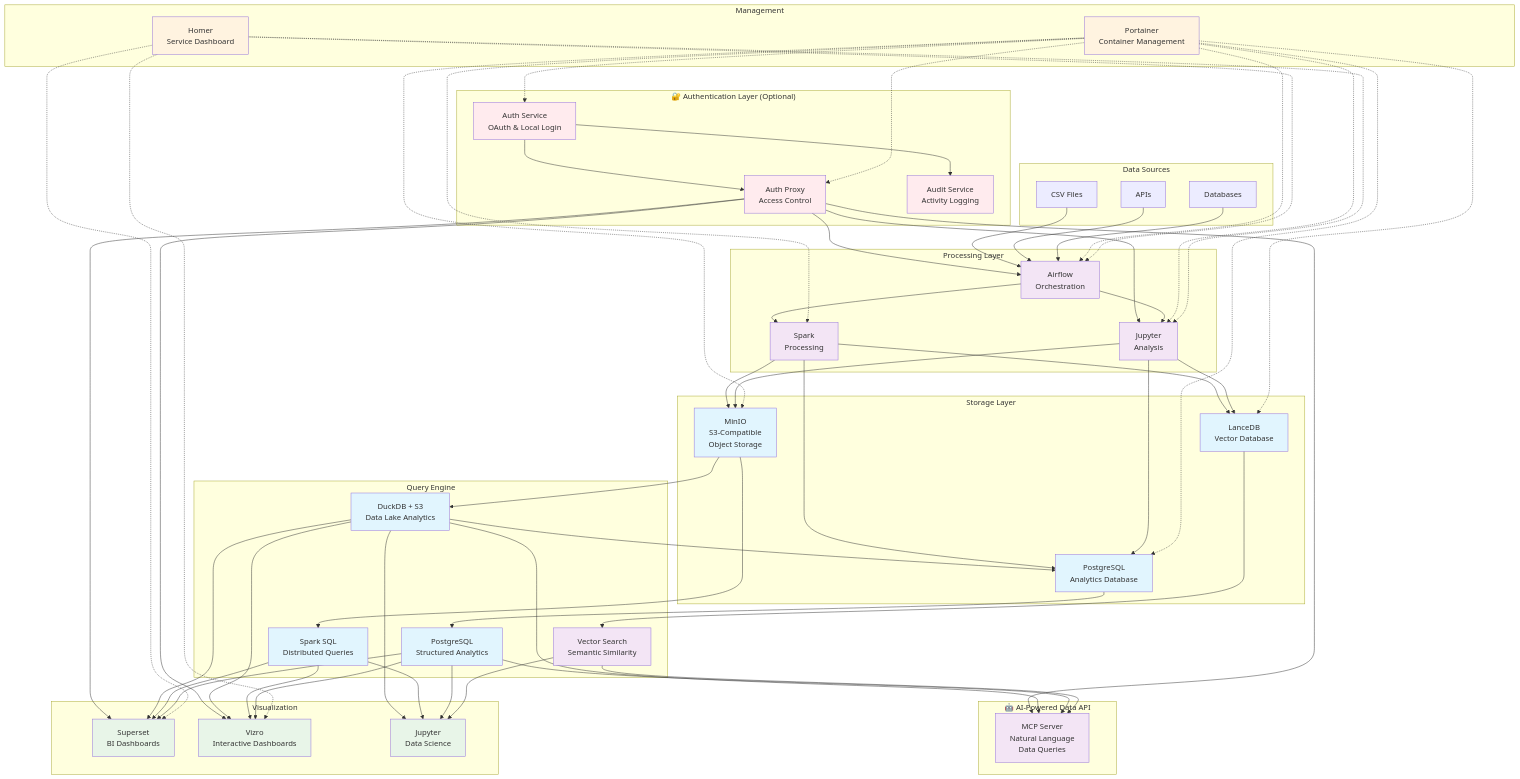
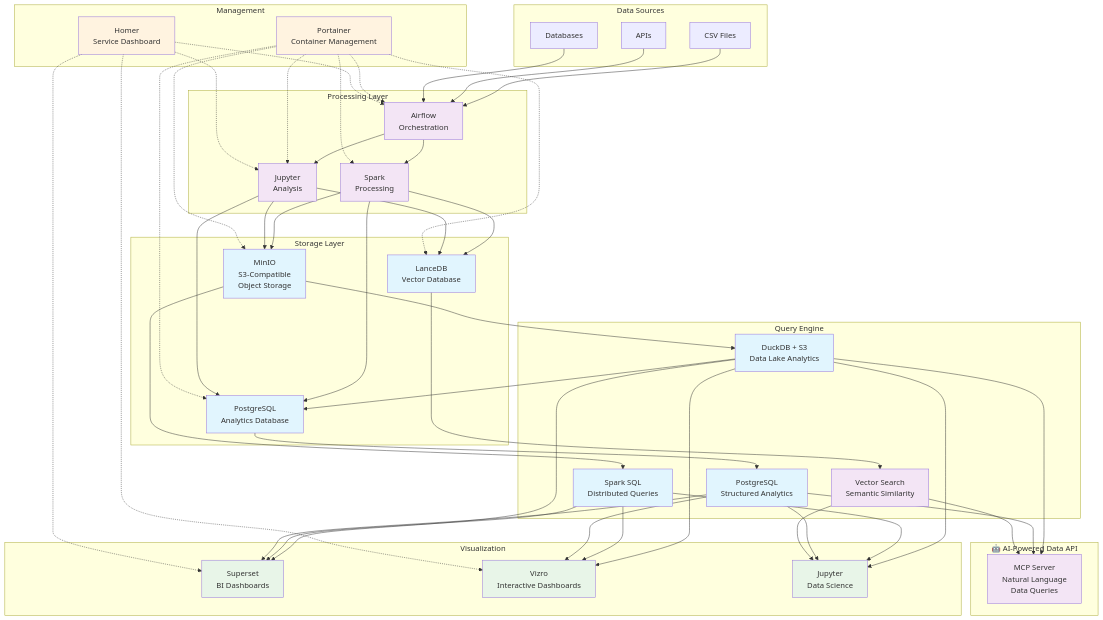
Before and after one commit to karstom/lakehouse-lab: the diagram in README.md, drawn with Mermaid. The commit also changed other lines of this file and 13 other files, not shown here.

First line of the commit message:
Remove OAuth authentication system entirely

````diff
--- a/README.md
+++ b/README.md
@@ -439,11 +354,5 @@
 ```mermaid
 graph TB
-    subgraph "🔐 Authentication Layer (Optional)"
-        AU[Auth Service<br/>OAuth & Local Login]
-        AP[Auth Proxy<br/>Access Control]
-        AD[Audit Service<br/>Activity Logging]
-    end
-    
     subgraph "Data Sources"
         DS1[CSV Files]
         DS2[APIs] 
@@ -484,16 +393,7 @@
         HO[Homer<br/>Service Dashboard]
     end
     
-    %% Authentication flows
-    AU --> AP
-    AP --> AF
-    AP --> SU
-    AP --> VZ
-    AP --> JU
-    AP --> MCP
-    AU --> AD
-    
-    %% Data flows
+    %% Direct data flows (no authentication layer)
     DS1 --> AF
     DS2 --> AF
     DS3 --> AF
@@ -531,8 +431,6 @@
     PO -.-> MI
     PO -.-> PG
     PO -.-> LD
-    PO -.-> AU
-    PO -.-> AP
     HO -.-> AF
     HO -.-> SU
     HO -.-> VZ
@@ -542,14 +440,12 @@
     classDef processing fill:#f3e5f5
     classDef visualization fill:#e8f5e8
     classDef management fill:#fff3e0
-    classDef security fill:#ffebee
     classDef ai fill:#f3e5f5
     
     class MI,PG,LD storage
     class AF,SP,JU processing
     class SU,VZ,JD visualization
     class PO,HO management
-    class AU,AP,AD security
     class MCP,VS ai
     class DU,SS,PA storage
 ```
````
